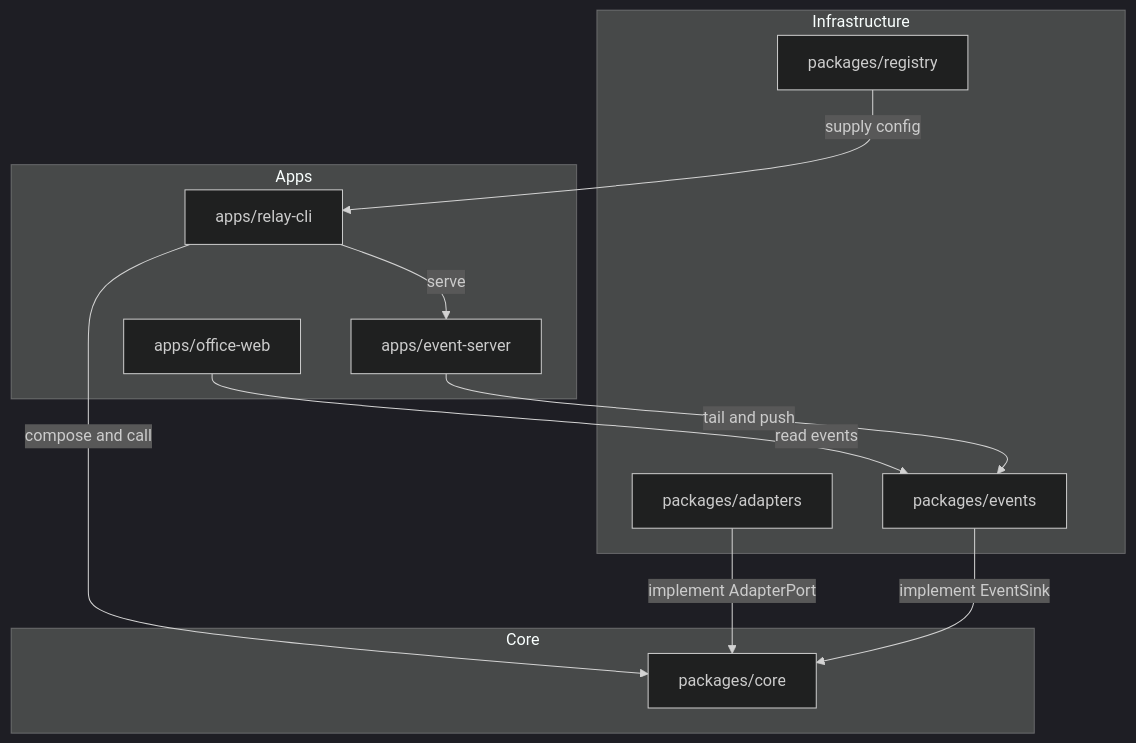
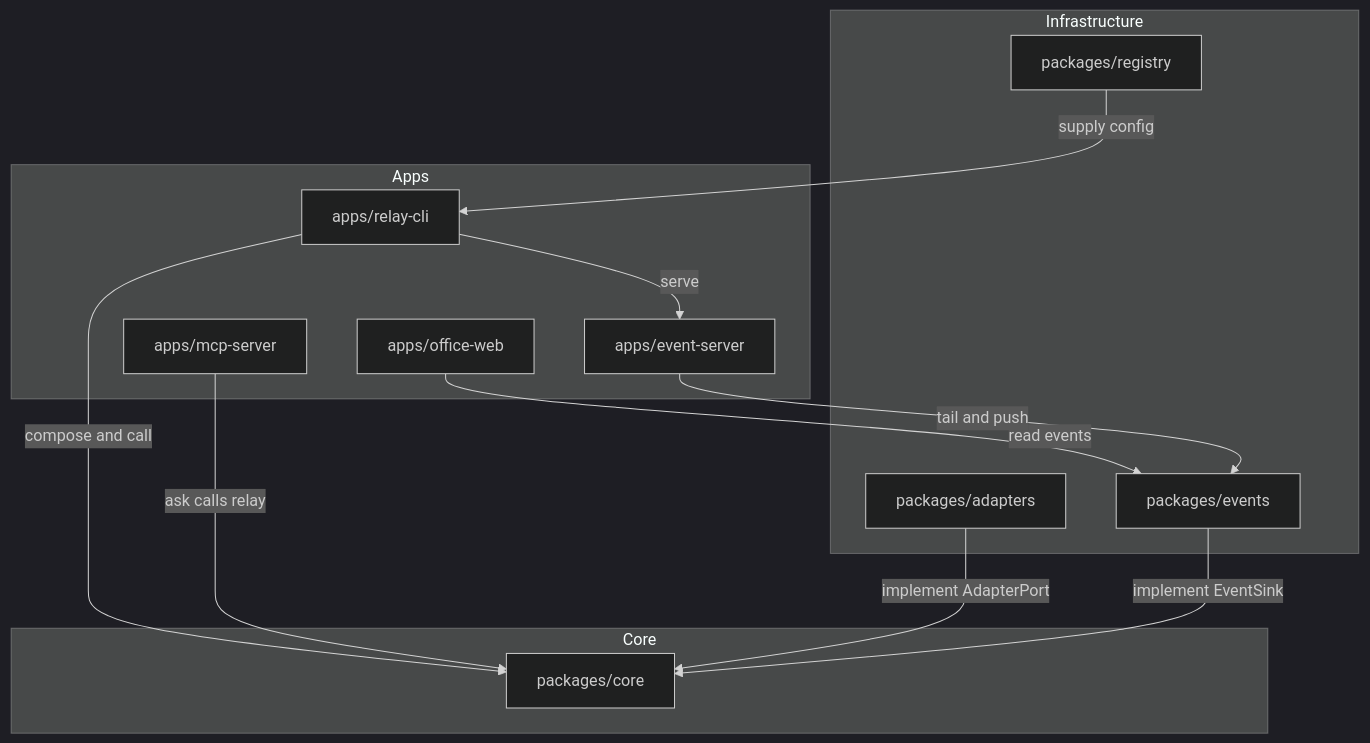
Before and after one commit to huowa-ai/grokbot-ai-office: the diagram in README.en.md, drawn with Mermaid (dark theme). The commit also changed other lines of this file and 28 other files, not shown here.

First line of the commit message:
feat(mcp-server): 将 ai-relay 做成 MCP 服务器

````diff
--- a/README.en.md
+++ b/README.en.md
@@ -31,23 +31,25 @@
 ```mermaid
 flowchart TB
   subgraph appLayer [Apps]
     cli[apps/relay-cli]
+    mcp[apps/mcp-server]
     server[apps/event-server]
     web[apps/office-web]
   end
   subgraph coreLayer [Core]
     core[packages/core]
   end
   subgraph infraLayer [Infrastructure]
     adapters[packages/adapters]
     registry[packages/registry]
     events[packages/events]
   end
   cli -->|compose and call| core
+  mcp -->|ask calls relay| core
   adapters -->|implement AdapterPort| core
   registry -->|supply config| cli
   events -->|implement EventSink| core
   web -->|read events| events
   server -->|tail and push| events
   cli -->|serve| server
 ```
````
